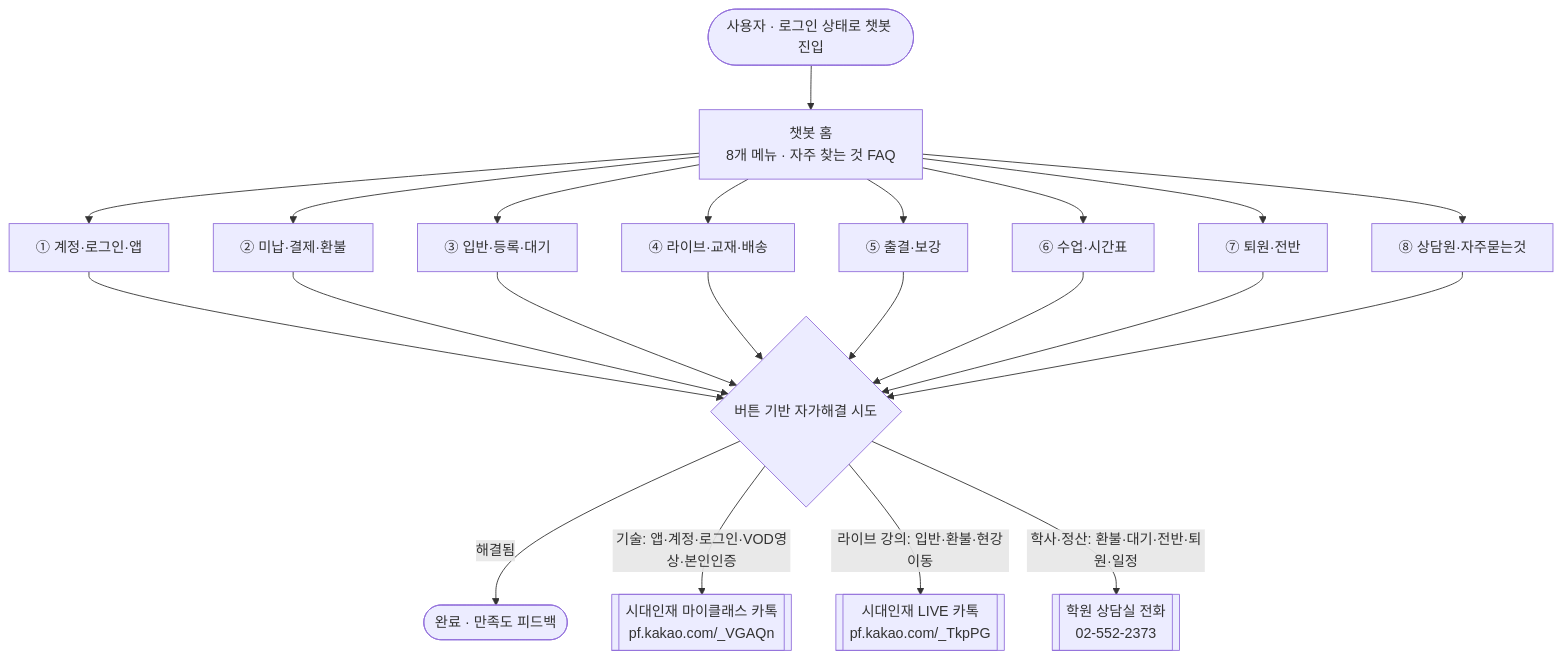
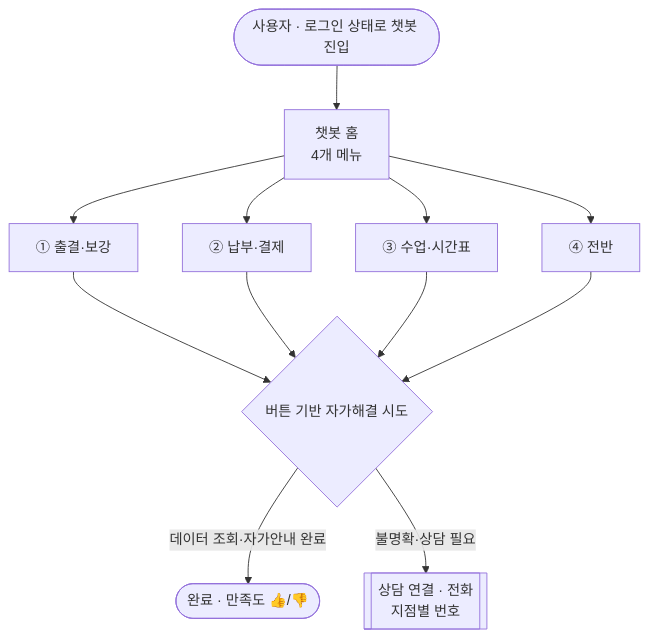
The diagram in analysis/myclass-chatbot/FINAL_PROCESS.md (layr8x/Wiki), drawn with Mermaid before and after one commit. The commit also changed other lines of this file and 15 other files, not shown here.

````diff
--- a/analysis/myclass-chatbot/FINAL_PROCESS.md
+++ b/analysis/myclass-chatbot/FINAL_PROCESS.md
@@ -65,24 +70,14 @@
 ```mermaid
 flowchart TD
-  U([사용자 · 로그인 상태로 챗봇 진입]) --> H[챗봇 홈<br/>8개 메뉴 · 자주 찾는 것 FAQ]
-  H --> M1[① 계정·로그인·앱]
-  H --> M2[② 미납·결제·환불]
-  H --> M3[③ 입반·등록·대기]
-  H --> M4[④ 라이브·교재·배송]
-  H --> M5[⑤ 출결·보강]
-  H --> M6[⑥ 수업·시간표]
-  H --> M7[⑦ 퇴원·전반]
-  H --> M8[⑧ 상담원·자주묻는것]
+  U([사용자 · 로그인 상태로 챗봇 진입]) --> H[챗봇 홈<br/>4개 메뉴]
+  H --> M1[① 출결·보강]
+  H --> M2[② 납부·결제]
+  H --> M3[③ 수업·시간표]
+  H --> M4[④ 전반]
   M1 --> SH{버튼 기반 자가해결 시도}
   M2 --> SH
   M3 --> SH
   M4 --> SH
-  M5 --> SH
-  M6 --> SH
-  M7 --> SH
-  M8 --> SH
-  SH -->|해결됨| D([완료 · 만족도 피드백])
-  SH -->|기술: 앱·계정·로그인·VOD영상·본인인증| C1[[시대인재 마이클래스 카톡<br/>pf.kakao.com/_VGAQn]]
-  SH -->|라이브 강의: 입반·환불·현강이동| C2[[시대인재 LIVE 카톡<br/>pf.kakao.com/_TkpPG]]
-  SH -->|학사·정산: 환불·대기·전반·퇴원·일정| C3[[학원 상담실 전화<br/>02-552-2373]]
+  SH -->|데이터 조회·자가안내 완료| D([완료 · 만족도 👍/👎])
+  SH -->|불명확·상담 필요| C[[상담 연결 · 전화<br/>지점별 번호]]
 ```
````
